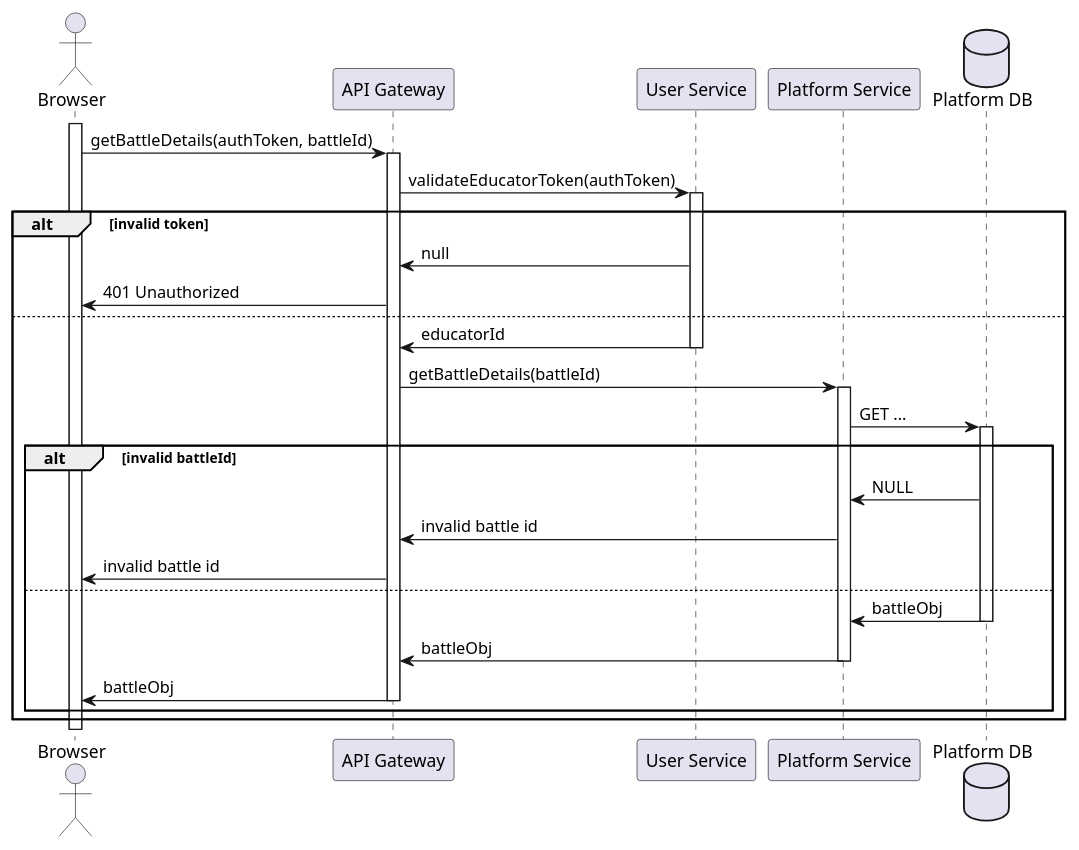
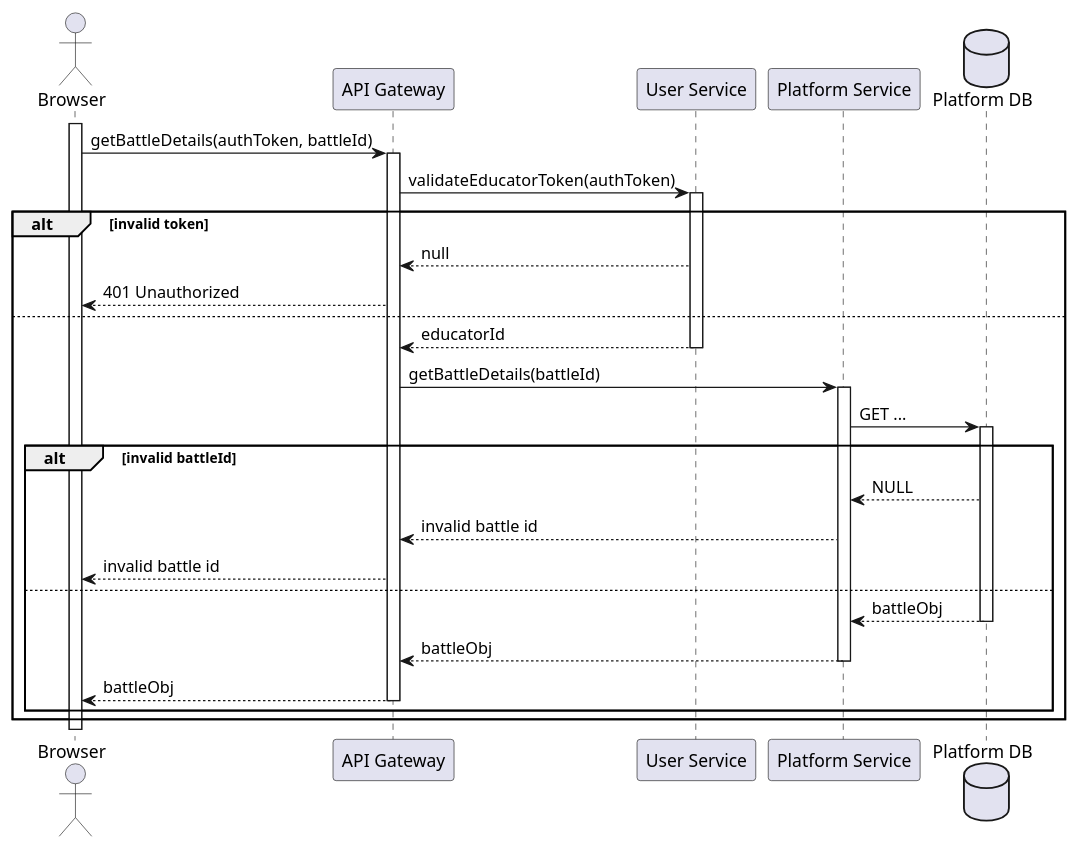
One commit to Furrrlo/CodeKataBattle changed the diagram in dd/puml/rw0.3.puml. Above: the diagram before and after it, drawn with PlantUML. The commit also changed 13 other files, not shown here.

Commit message:
Fix response dotted lines in RW seq diagrams

```diff
--- a/dd/puml/rw0.3.puml
+++ b/dd/puml/rw0.3.puml
@@ -1,35 +1,35 @@
 @startuml RW0.3 - User gets battle details
 
 actor Browser
 
 participant "API Gateway" as gateway
 participant "User Service" as auth
 
 participant "Platform Service" as platform
 database "Platform DB" as platformDb
 
 activate Browser
 Browser -> gateway ++ : getBattleDetails(authToken, battleId)
 gateway -> auth ++ : validateEducatorToken(authToken)
 alt invalid token
-    gateway <- auth : null
-    Browser <- gateway : 401 Unauthorized
+    gateway <-- auth : null
+    Browser <-- gateway : 401 Unauthorized
 else
-    gateway <- auth -- : educatorId
+    gateway <-- auth -- : educatorId
     gateway -> platform ++ : getBattleDetails(battleId)
 
     platform -> platformDb ++ : GET ...
 
     alt invalid battleId
-        platform <- platformDb : NULL
-        gateway <- platform : invalid battle id
-        Browser <- gateway : invalid battle id
+        platform <-- platformDb : NULL
+        gateway <-- platform : invalid battle id
+        Browser <-- gateway : invalid battle id
     else
-        platform <- platformDb -- : battleObj
-        gateway <- platform -- : battleObj
-        Browser <- gateway -- : battleObj
+        platform <-- platformDb -- : battleObj
+        gateway <-- platform -- : battleObj
+        Browser <-- gateway -- : battleObj
     end
 end
 
 
 @enduml
```
